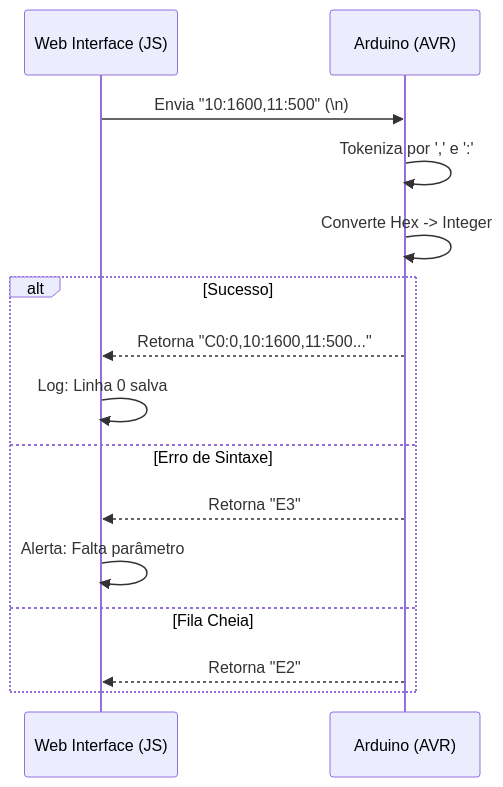
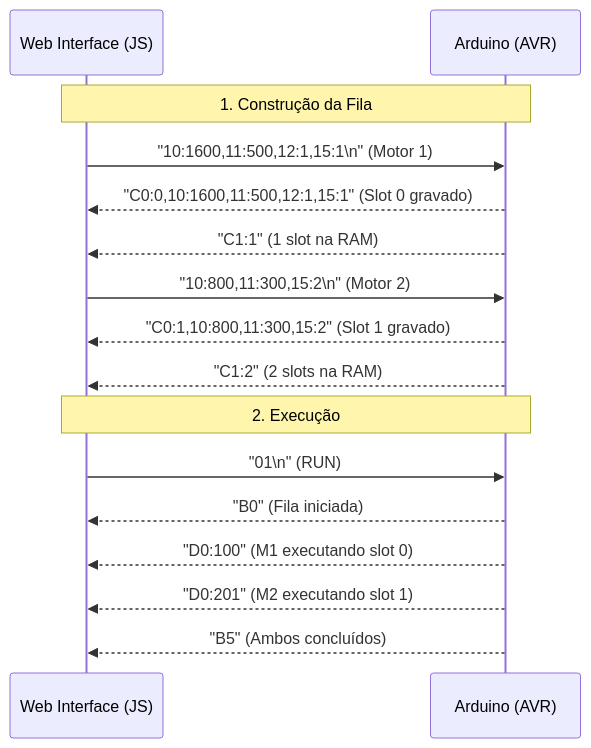
One commit to samuel-lope/stepper-proof changed the diagram in docs/INTEGRATION.md. Above: the diagram before and after it, drawn with Mermaid. The commit also changed other lines of this file and 5 other files, not shown here.

````diff
--- a/docs/INTEGRATION.md
+++ b/docs/INTEGRATION.md
@@ -63,18 +100,21 @@
 ```mermaid
 sequenceDiagram
     participant UI as Web Interface (JS)
     participant HW as Arduino (AVR)
-    
-    UI->>HW: Envia "10:1600,11:500" (\n)
-    HW->>HW: Tokeniza por ',' e ':'
-    HW->>HW: Converte Hex -> Integer
-    alt Sucesso
-        HW-->>UI: Retorna "C0:0,10:1600,11:500..."
-        UI->>UI: Log: Linha 0 salva
-    else Erro de Sintaxe
-        HW-->>UI: Retorna "E3"
-        UI->>UI: Alerta: Falta parâmetro
-    else Fila Cheia
-        HW-->>UI: Retorna "E2"
-    end
+
+    Note over UI,HW: 1. Construção da Fila
+    UI->>HW: "10:1600,11:500,12:1,15:1\n" (Motor 1)
+    HW-->>UI: "C0:0,10:1600,11:500,12:1,15:1" (Slot 0 gravado)
+    HW-->>UI: "C1:1" (1 slot na RAM)
+
+    UI->>HW: "10:800,11:300,15:2\n" (Motor 2)
+    HW-->>UI: "C0:1,10:800,11:300,15:2" (Slot 1 gravado)
+    HW-->>UI: "C1:2" (2 slots na RAM)
+
+    Note over UI,HW: 2. Execução
+    UI->>HW: "01\n" (RUN)
+    HW-->>UI: "B0" (Fila iniciada)
+    HW-->>UI: "D0:100" (M1 executando slot 0)
+    HW-->>UI: "D0:201" (M2 executando slot 1)
+    HW-->>UI: "B5" (Ambos concluídos)
 ```
````
